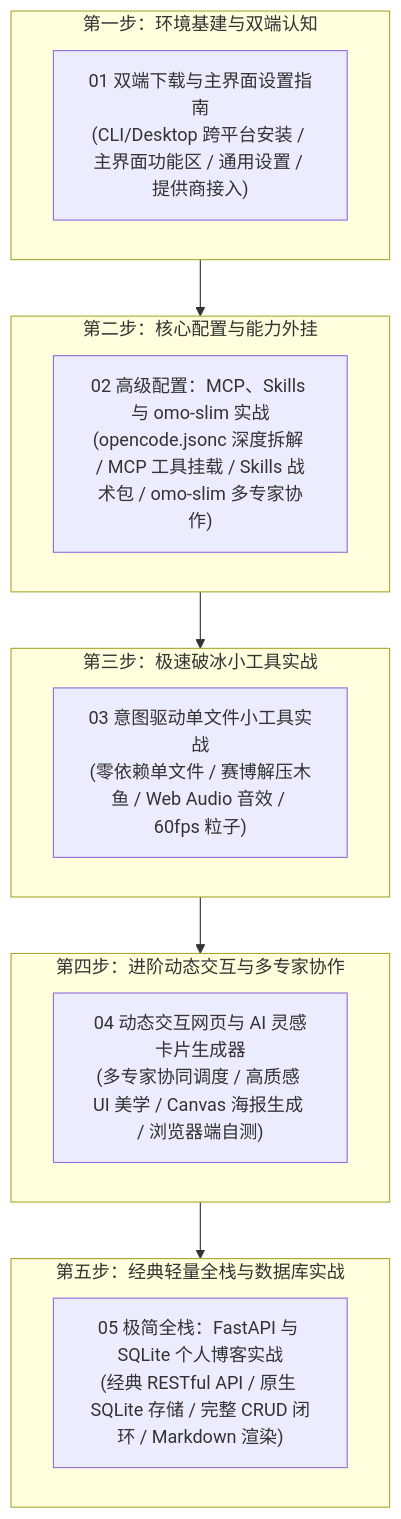
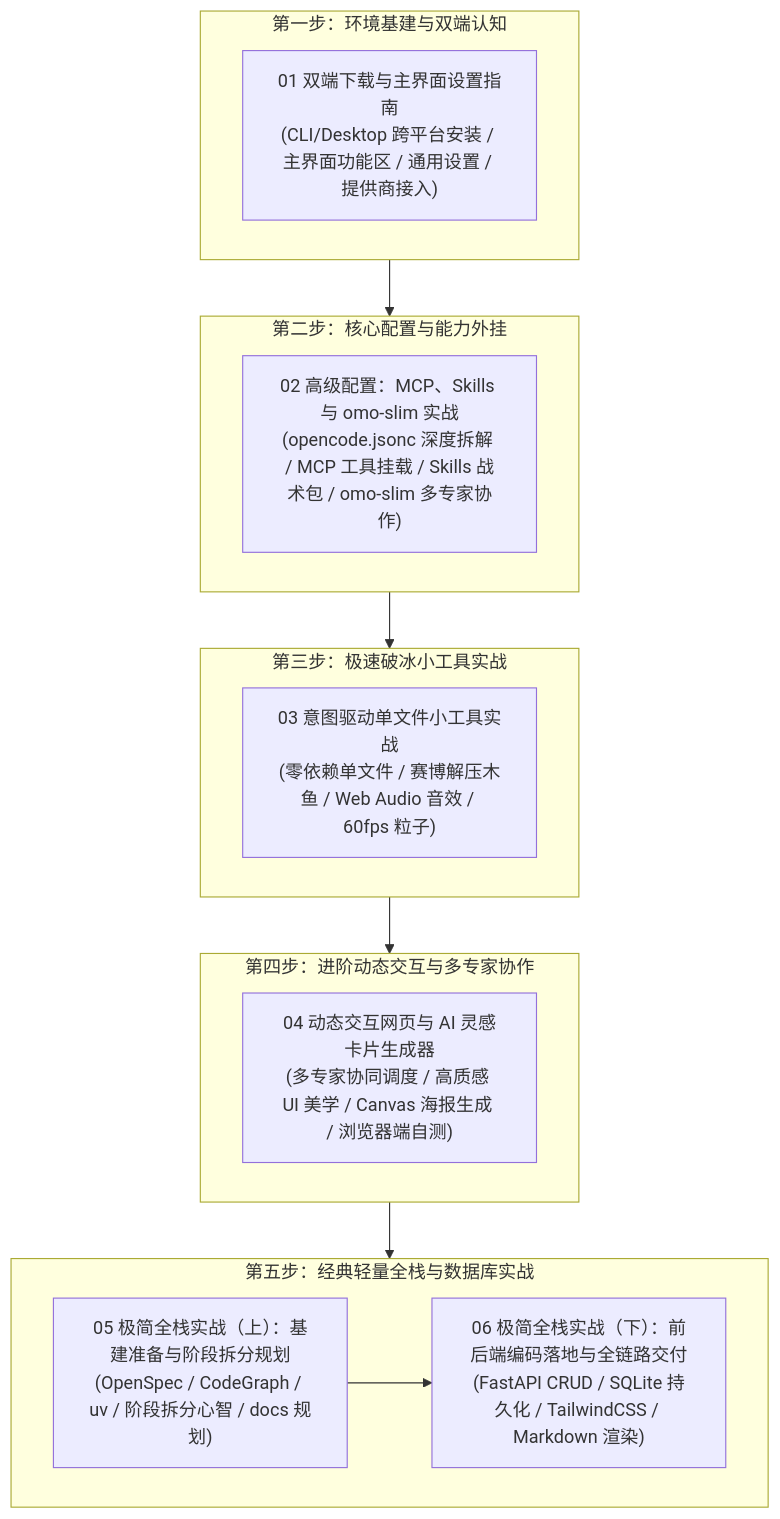
Before and after one commit to buffer121328/vibe-coding-and-agents: the diagram in 05_OpenCode实战/README.md, drawn with Mermaid. The commit also changed other lines of this file and 77 other files, not shown here.

````diff
--- a/05_OpenCode实战/README.md
+++ b/05_OpenCode实战/README.md
@@ -24,27 +24,29 @@
 ```mermaid
 graph TD
     subgraph Step1 ["第一步：环境基建与双端认知"]
         A1["01 双端下载与主界面设置指南<br/>(CLI/Desktop 跨平台安装 / 主界面功能区 / 通用设置 / 提供商接入)"]
     end
 
     subgraph Step2 ["第二步：核心配置与能力外挂"]
         B1["02 高级配置：MCP、Skills 与 omo-slim 实战<br/>(opencode.jsonc 深度拆解 / MCP 工具挂载 / Skills 战术包 / omo-slim 多专家协作)"]
     end
 
     subgraph Step3 ["第三步：极速破冰小工具实战"]
         C1["03 意图驱动单文件小工具实战<br/>(零依赖单文件 / 赛博解压木鱼 / Web Audio 音效 / 60fps 粒子)"]
     end
 
     subgraph Step4 ["第四步：进阶动态交互与多专家协作"]
         D1["04 动态交互网页与 AI 灵感卡片生成器<br/>(多专家协同调度 / 高质感 UI 美学 / Canvas 海报生成 / 浏览器端自测)"]
     end
 
     subgraph Step5 ["第五步：经典轻量全栈与数据库实战"]
-        E1["05 极简全栈：FastAPI 与 SQLite 个人博客实战<br/>(经典 RESTful API / 原生 SQLite 存储 / 完整 CRUD 闭环 / Markdown 渲染)"]
+        E1["05 极简全栈实战（上）：基建准备与阶段拆分规划<br/>(OpenSpec / CodeGraph / uv / 阶段拆分心智 / docs 规划)"]
+        E2["06 极简全栈实战（下）：前后端编码落地与全链路交付<br/>(FastAPI CRUD / SQLite 持久化 / TailwindCSS / Markdown 渲染)"]
+        E1 --> E2
     end
 
     Step1 --> Step2
     Step2 --> Step3
     Step3 --> Step4
     Step4 --> Step5
 ```
````
